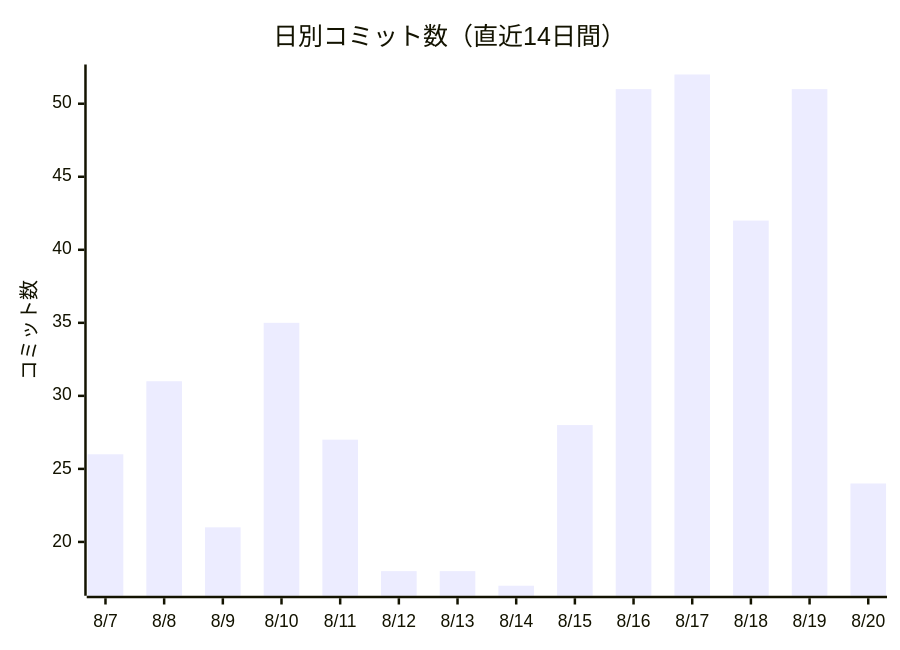
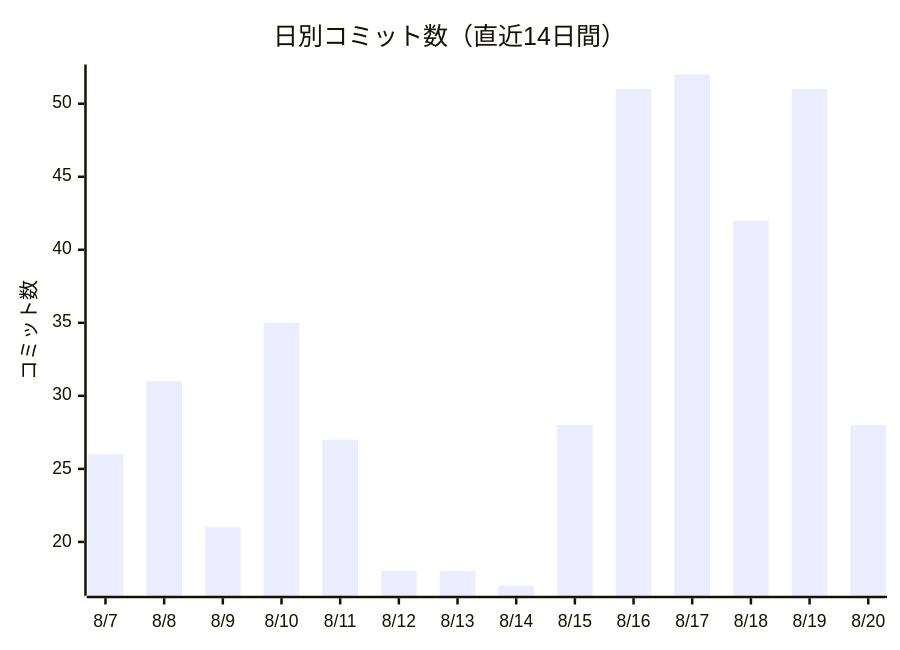
Before and after one commit to non-x2/non-x2: the first of 2 diagrams in docs/進化レポート.md, drawn with Mermaid. The commit also changed other lines of this file, not shown here.

````diff
--- a/docs/進化レポート.md
+++ b/docs/進化レポート.md
@@ -23,7 +23,7 @@
 ```mermaid
 xychart-beta
     title "日別コミット数（直近14日間）"
     x-axis ["8/7", "8/8", "8/9", "8/10", "8/11", "8/12", "8/13", "8/14", "8/15", "8/16", "8/17", "8/18", "8/19", "8/20"]
     y-axis "コミット数"
-    bar [26, 31, 21, 35, 27, 18, 18, 17, 28, 51, 52, 42, 51, 24]
+    bar [26, 31, 21, 35, 27, 18, 18, 17, 28, 51, 52, 42, 51, 28]
 ```
````
